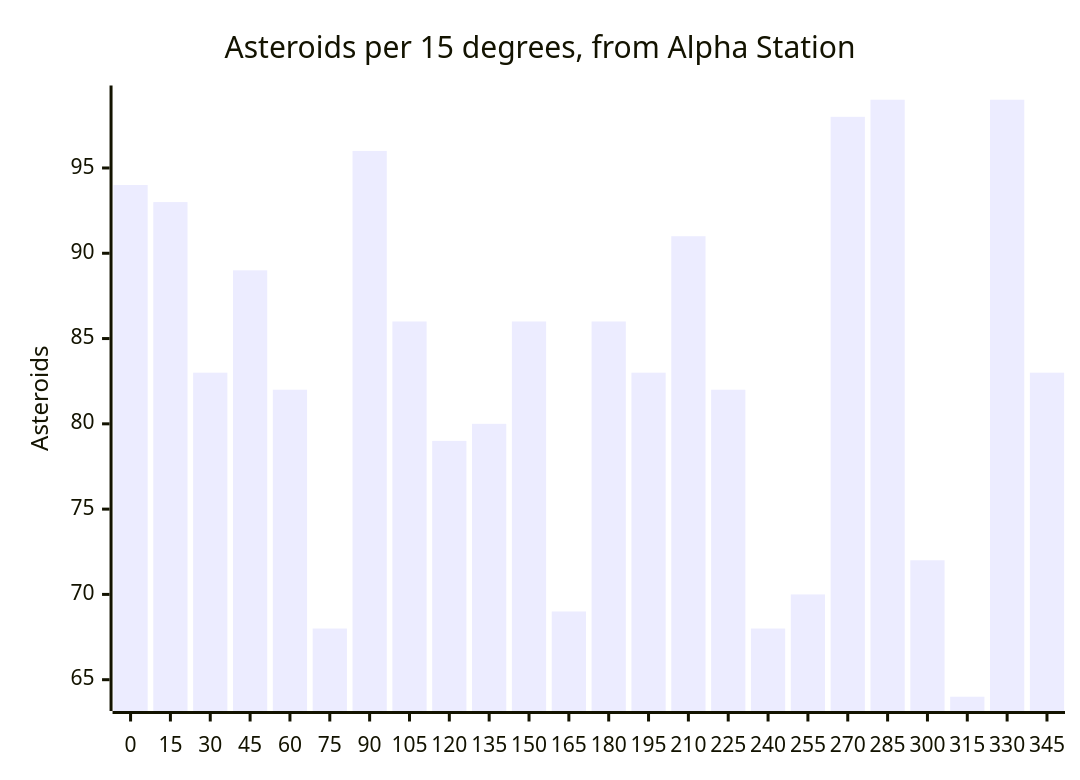
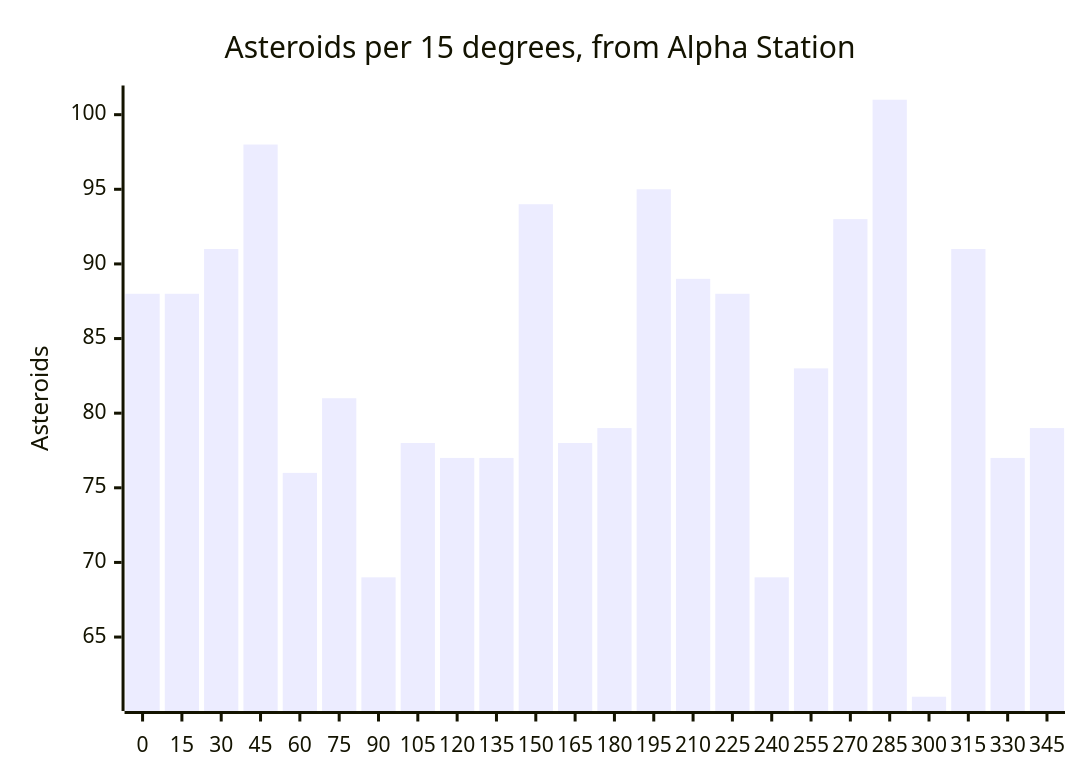
The fourth of 4 diagrams in octahedron/ORES.md (CometWorks/worlds), drawn with Mermaid before and after one commit. The commit also changed other lines of this file and 2005 other files, not shown here.

````diff
--- a/octahedron/ORES.md
+++ b/octahedron/ORES.md
@@ -134,7 +134,7 @@
 ```mermaid
 xychart-beta
     title "Asteroids per 15 degrees, from Alpha Station"
     x-axis ["0", "15", "30", "45", "60", "75", "90", "105", "120", "135", "150", "165", "180", "195", "210", "225", "240", "255", "270", "285", "300", "315", "330", "345"]
     y-axis "Asteroids"
-    bar [94, 93, 83, 89, 82, 68, 96, 86, 79, 80, 86, 69, 86, 83, 91, 82, 68, 70, 98, 99, 72, 64, 99, 83]
+    bar [88, 88, 91, 98, 76, 81, 69, 78, 77, 77, 94, 78, 79, 95, 89, 88, 69, 83, 93, 101, 61, 91, 77, 79]
 ```
````
